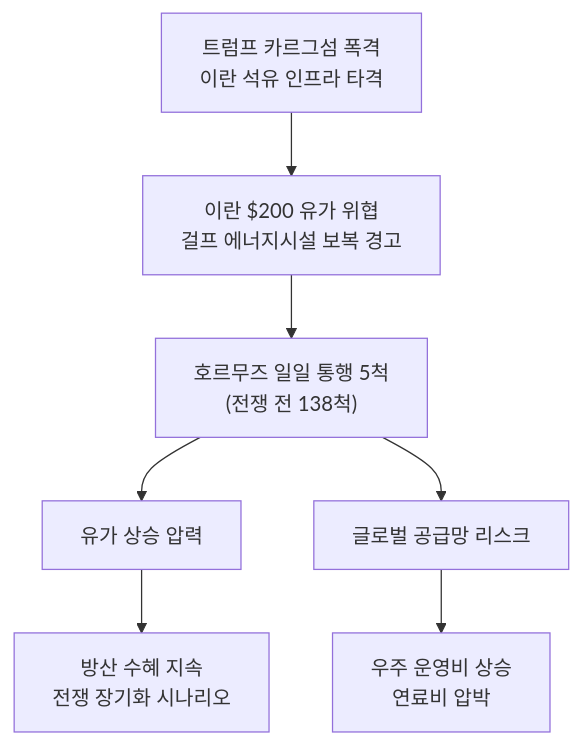
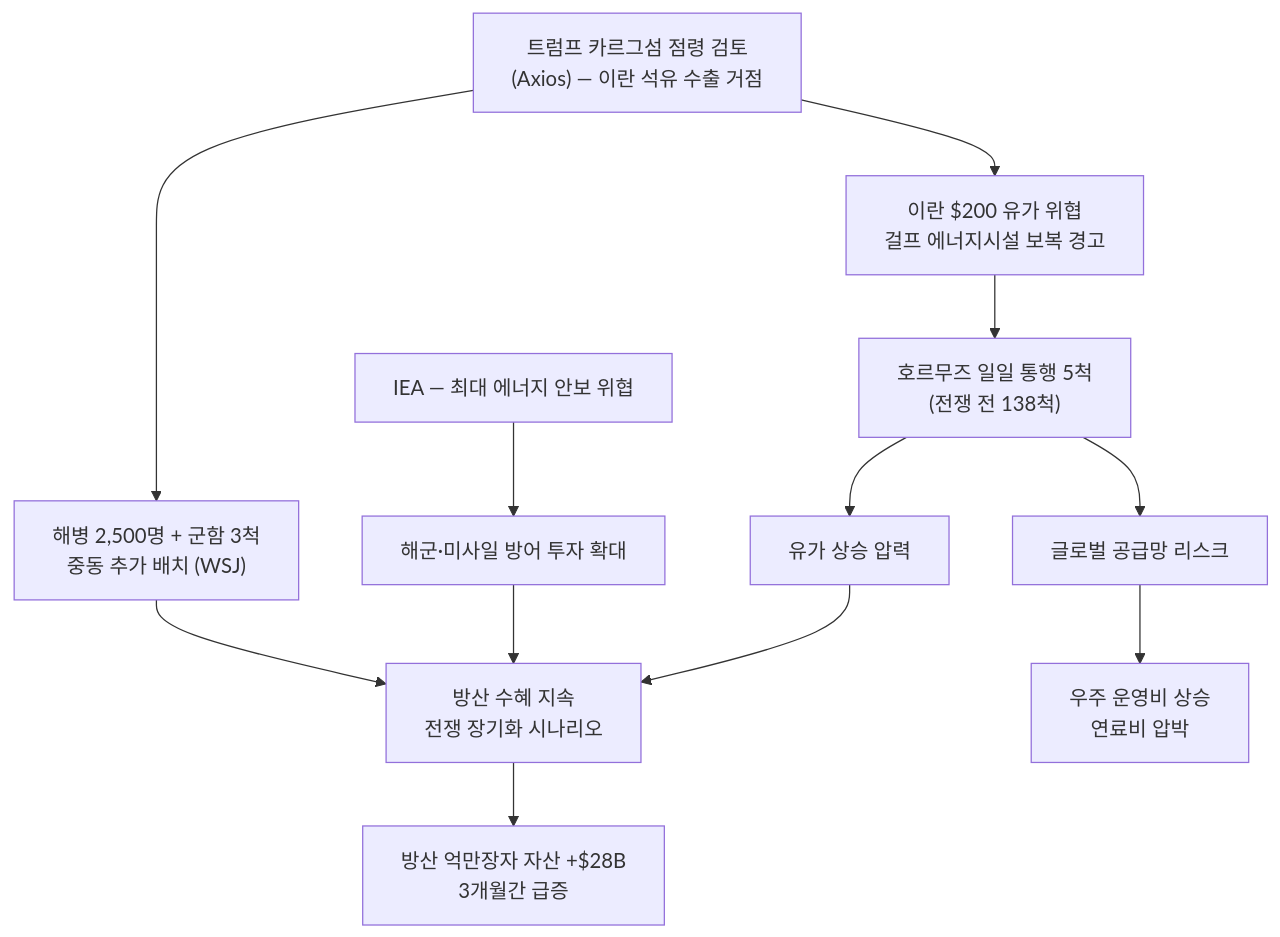
The sixth of 7 diagrams in _posts/knowledge/invest/2026-03-07-defense-space-sector-outlook-2026.md (dss99911/dss99911.github.io), drawn with Mermaid before and after one commit. The commit also changed other lines of this file and 5 other files, not shown here.

````diff
--- a/_posts/knowledge/invest/2026-03-07-defense-space-sector-outlook-2026.md
+++ b/_posts/knowledge/invest/2026-03-07-defense-space-sector-outlook-2026.md
@@ -299,11 +330,18 @@
 ```mermaid
 graph TD
-    A["트럼프 카르그섬 폭격<br/>이란 석유 인프라 타격"] --> B["이란 $200 유가 위협<br/>걸프 에너지시설 보복 경고"]
-    B --> C["호르무즈 일일 통행 5척<br/>(전쟁 전 138척)"]
+    A["트럼프 카르그섬 점령 검토<br/>(Axios) — 이란 석유 수출 거점"] --> B["해병 2,500명 + 군함 3척<br/>중동 추가 배치 (WSJ)"]
+    A --> C["이란 $200 유가 위협<br/>걸프 에너지시설 보복 경고"]
 
-    C --> D["유가 상승 압력"]
-    C --> E["글로벌 공급망 리스크"]
+    C --> D["호르무즈 일일 통행 5척<br/>(전쟁 전 138척)"]
+    D --> E["유가 상승 압력"]
+    D --> F["글로벌 공급망 리스크"]
 
-    D --> F["방산 수혜 지속<br/>전쟁 장기화 시나리오"]
-    E --> G["우주 운영비 상승<br/>연료비 압박"]
+    G["IEA — 최대 에너지 안보 위협"] --> H["해군·미사일 방어 투자 확대"]
+    H --> I["방산 수혜 지속<br/>전쟁 장기화 시나리오"]
+
+    E --> I
+    F --> J["우주 운영비 상승<br/>연료비 압박"]
+    B --> I
+
+    I --> K["방산 억만장자 자산 +$28B<br/>3개월간 급증"]
 ```
````
